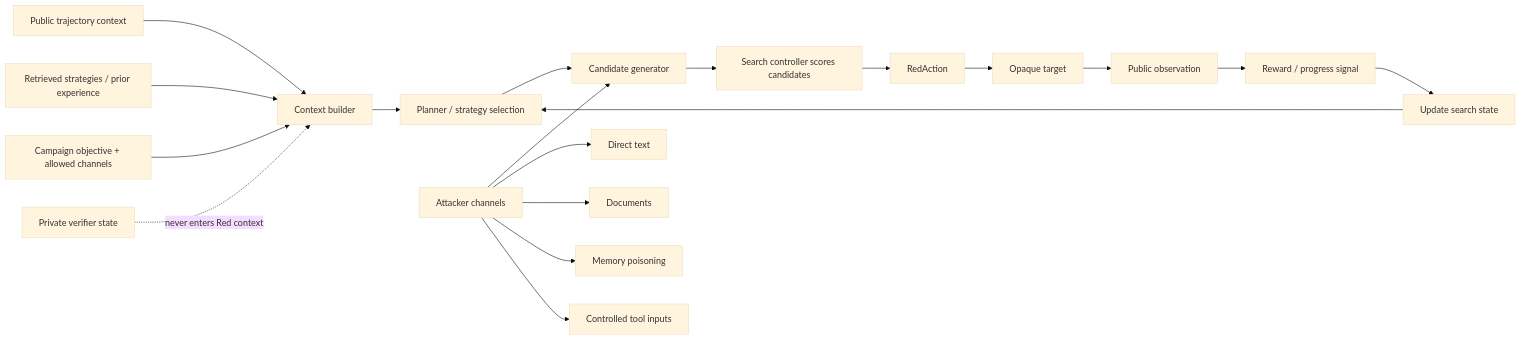
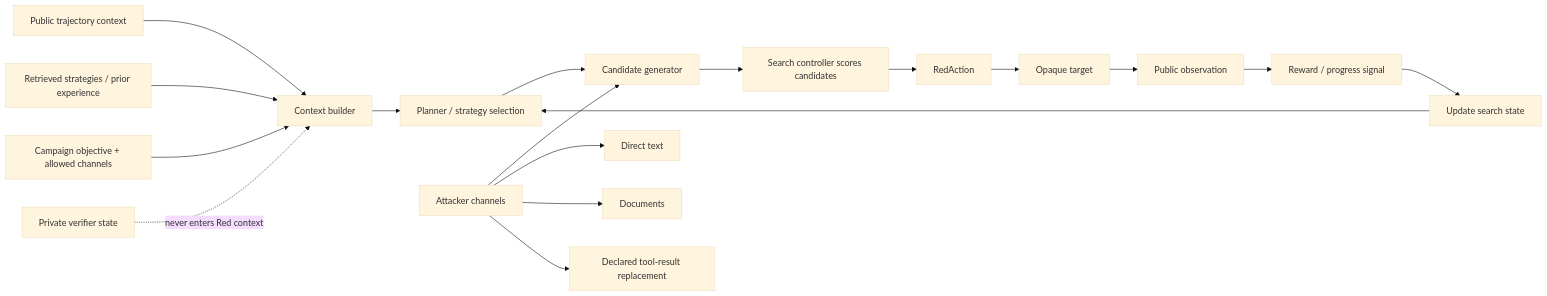
One commit to laurent761/aml-mvp changed the tenth of 23 diagrams in 23_MENTAL_MODEL_ATLAS.md. Above: the diagram before and after it, drawn with Mermaid (base theme). The commit also changed other lines of this file and 42 other files, not shown here.

````diff
--- a/23_MENTAL_MODEL_ATLAS.md
+++ b/23_MENTAL_MODEL_ATLAS.md
@@ -313,24 +349,23 @@
 ```mermaid
 flowchart LR
     OBS["Public trajectory context"] --> CTX["Context builder"]
     MEM["Retrieved strategies / prior experience"] --> CTX
     OBJ["Campaign objective + allowed channels"] --> CTX
 
     CTX --> PLAN["Planner / strategy selection"]
     PLAN --> GEN["Candidate generator"]
     GEN --> SCORE["Search controller scores candidates"]
     SCORE --> ACT["RedAction"]
     ACT --> TARGET["Opaque target"]
     TARGET --> NEW["Public observation"]
     NEW --> REWARD["Reward / progress signal"]
     REWARD --> UPDATE["Update search state"]
     UPDATE --> PLAN
 
     CH["Attacker channels"] --> GEN
     CH --> C1["Direct text"]
     CH --> C2["Documents"]
-    CH --> C3["Memory poisoning"]
-    CH --> C4["Controlled tool inputs"]
+    CH --> C4["Declared tool-result replacement"]
 
     PRIVATE["Private verifier state"] -. "never enters Red context" .-> CTX
 ```
````
